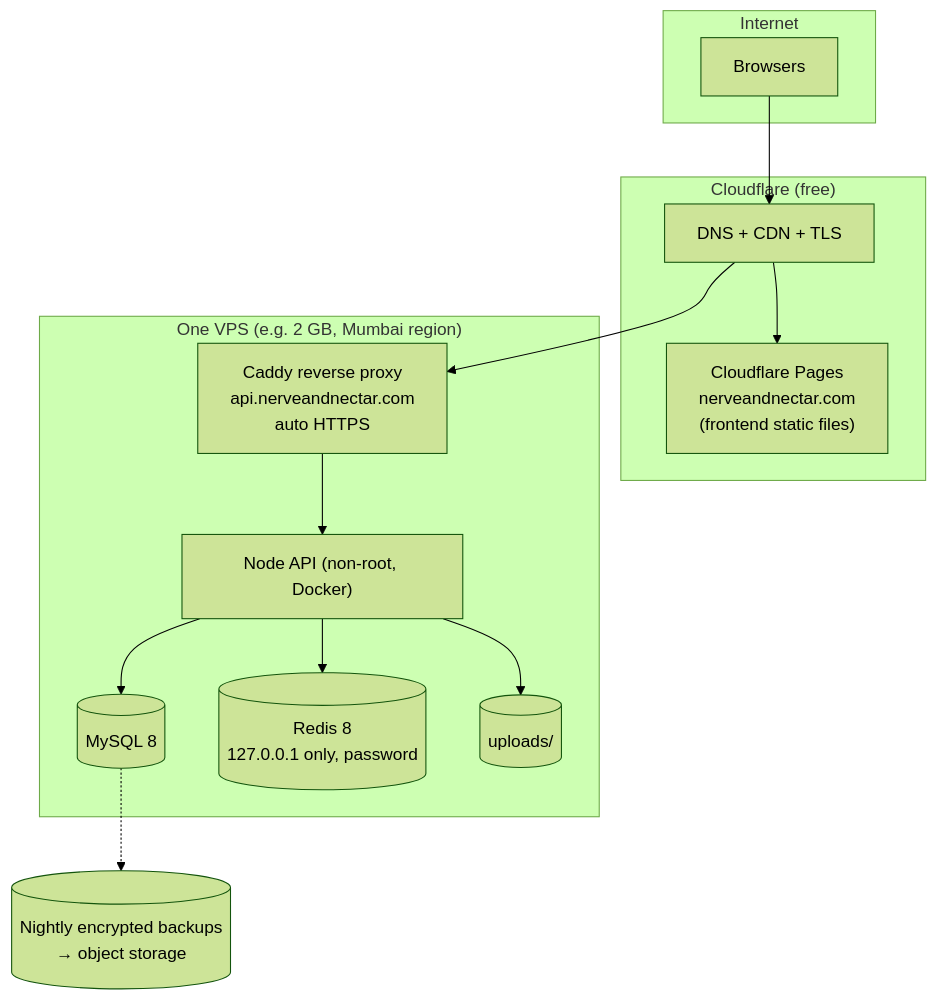
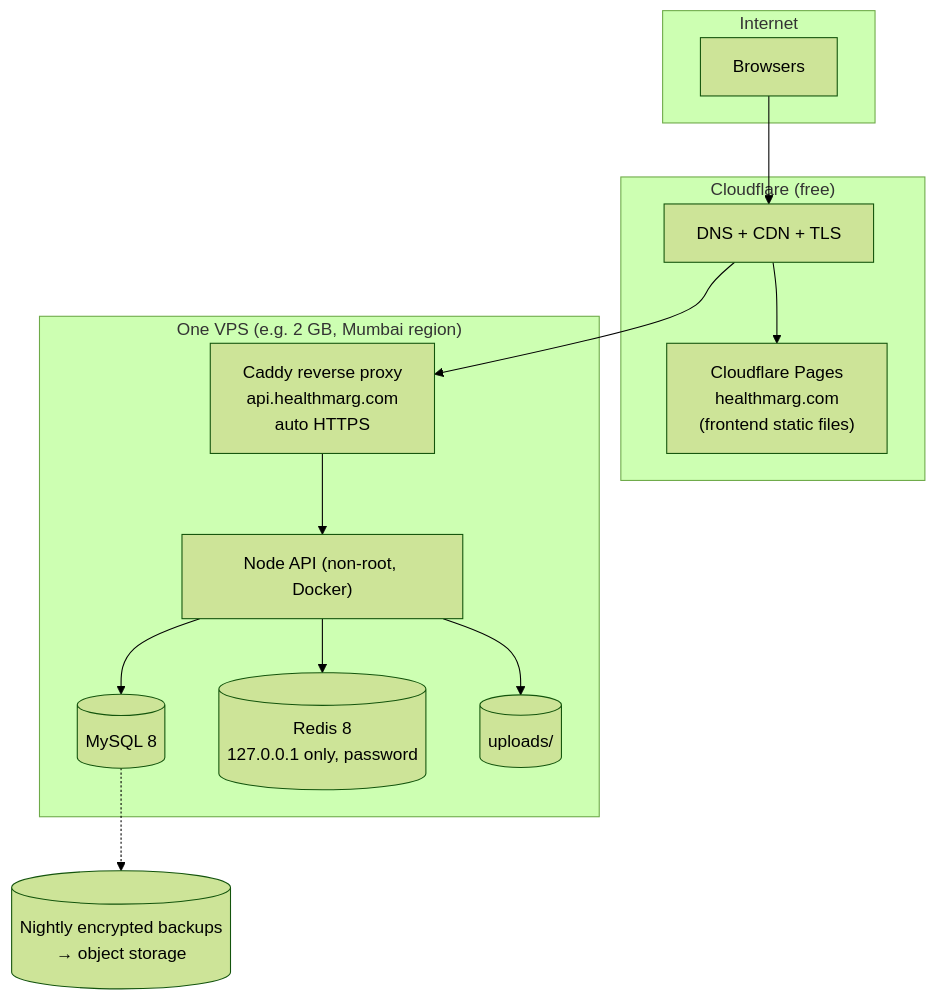
Before and after one commit to Suryansh2602/YogicBlogs: the second of 10 diagrams in docs/architecture.md, drawn with Mermaid (forest theme). The commit also changed other lines of this file and 29 other files, not shown here.

````diff
--- a/docs/architecture.md
+++ b/docs/architecture.md
@@ -97,30 +97,30 @@
 ```mermaid
 flowchart TB
     subgraph Internet
       B["Browsers"]
     end
 
     subgraph CF["Cloudflare (free)"]
       DNS["DNS + CDN + TLS"]
-      PAGES["Cloudflare Pages<br/>nerveandnectar.com<br/>(frontend static files)"]
+      PAGES["Cloudflare Pages<br/>healthmarg.com<br/>(frontend static files)"]
     end
 
     subgraph VPS["One VPS (e.g. 2 GB, Mumbai region)"]
-      CADDY["Caddy reverse proxy<br/>api.nerveandnectar.com<br/>auto HTTPS"]
+      CADDY["Caddy reverse proxy<br/>api.healthmarg.com<br/>auto HTTPS"]
       NODE["Node API (non-root, Docker)"]
       MYSQL[("MySQL 8")]
       REDIS[("Redis 8<br/>127.0.0.1 only, password")]
       DISK[("uploads/")]
     end
 
     BK[("Nightly encrypted backups<br/>→ object storage")]
 
     B --> DNS
     DNS --> PAGES
     DNS --> CADDY
     CADDY --> NODE
     NODE --> MYSQL
     NODE --> REDIS
     NODE --> DISK
     MYSQL -.-> BK
 ```
````
